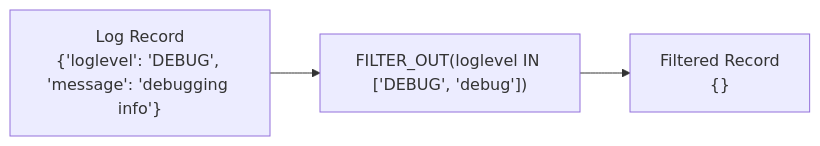
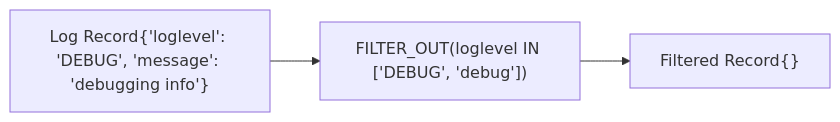
Before and after one commit to Marc-Nueno-Montolio/EC_onsite: the sixth of 18 diagrams in app/courses/01-log-monitoring/sections/05-create-log-processing-rules/content.md, drawn with Mermaid. The commit also changed other lines of this file and 7 other files, not shown here.

````diff
--- a/app/courses/01-log-monitoring/sections/05-create-log-processing-rules/content.md
+++ b/app/courses/01-log-monitoring/sections/05-create-log-processing-rules/content.md
@@ -95,6 +99,6 @@
-	```mermaid
+```mermaid
 	graph LR
-	    A["Log Record<br>{'loglevel': 'DEBUG', 'message': 'debugging info'}"] -->
-	    B["FILTER_OUT(loglevel IN ['DEBUG', 'debug'])"] -->
-	    C["Filtered Record<br>{}"]
-	```
+	A["Log Record{'loglevel': 'DEBUG', 'message': 'debugging info'}"] -->
+	B["FILTER_OUT(loglevel IN ['DEBUG', 'debug'])"] -->
+	C["Filtered Record{}"]
+```
````
